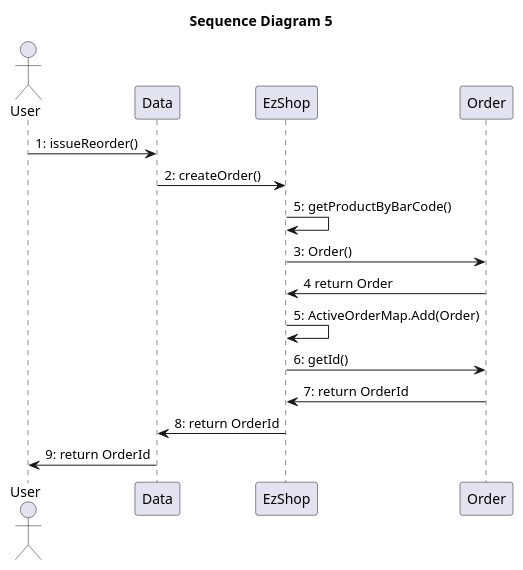
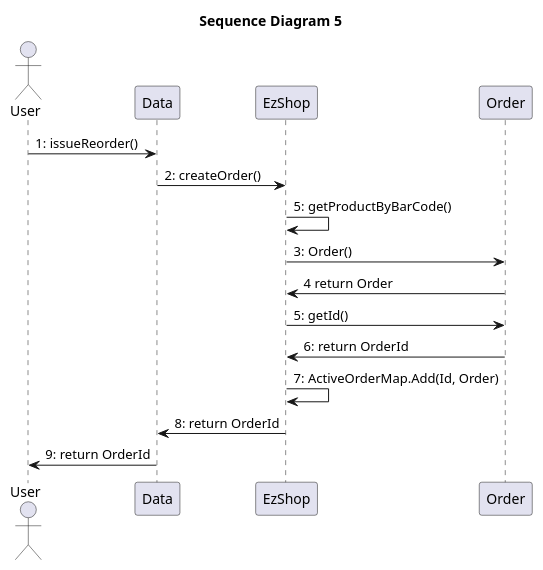
Before and after one commit to paolotron/EzshoProject31: the seventh of 15 diagrams in Deliverables/DesignDocument.md, drawn with PlantUML. The commit also changed other lines of this file, not shown here.

````diff
--- a/Deliverables/DesignDocument.md
+++ b/Deliverables/DesignDocument.md
@@ -391,20 +391,20 @@
 ``` plantuml
 @startuml
 title "Sequence Diagram 5"
 actor User as U1
 participant Data
 participant EzShop
 participant Order as O
 
 U1->Data: 1: issueReorder()
 Data->EzShop: 2: createOrder()
 EzShop->EzShop: 5: getProductByBarCode()
 EzShop->O: 3: Order()
 O->EzShop: 4 return Order
-EzShop->EzShop: 5: ActiveOrderMap.Add(Order)
-EzShop->O: 6: getId()
-O->EzShop: 7: return OrderId
+EzShop->O: 5: getId()
+O->EzShop: 6: return OrderId
+EzShop->EzShop: 7: ActiveOrderMap.Add(Id, Order)
 EzShop->Data: 8: return OrderId
 Data->U1: 9: return OrderId
 @enduml
 ```
````
